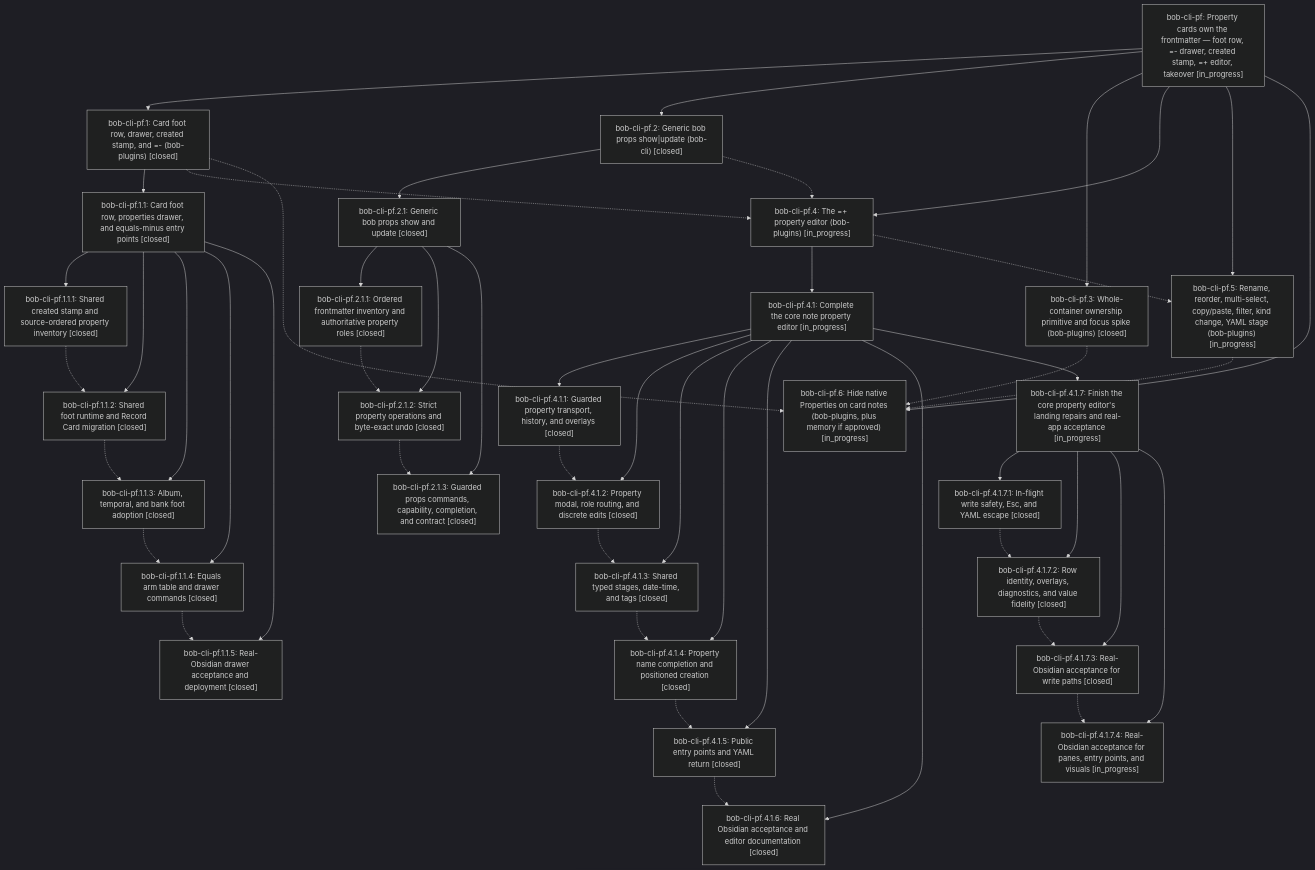
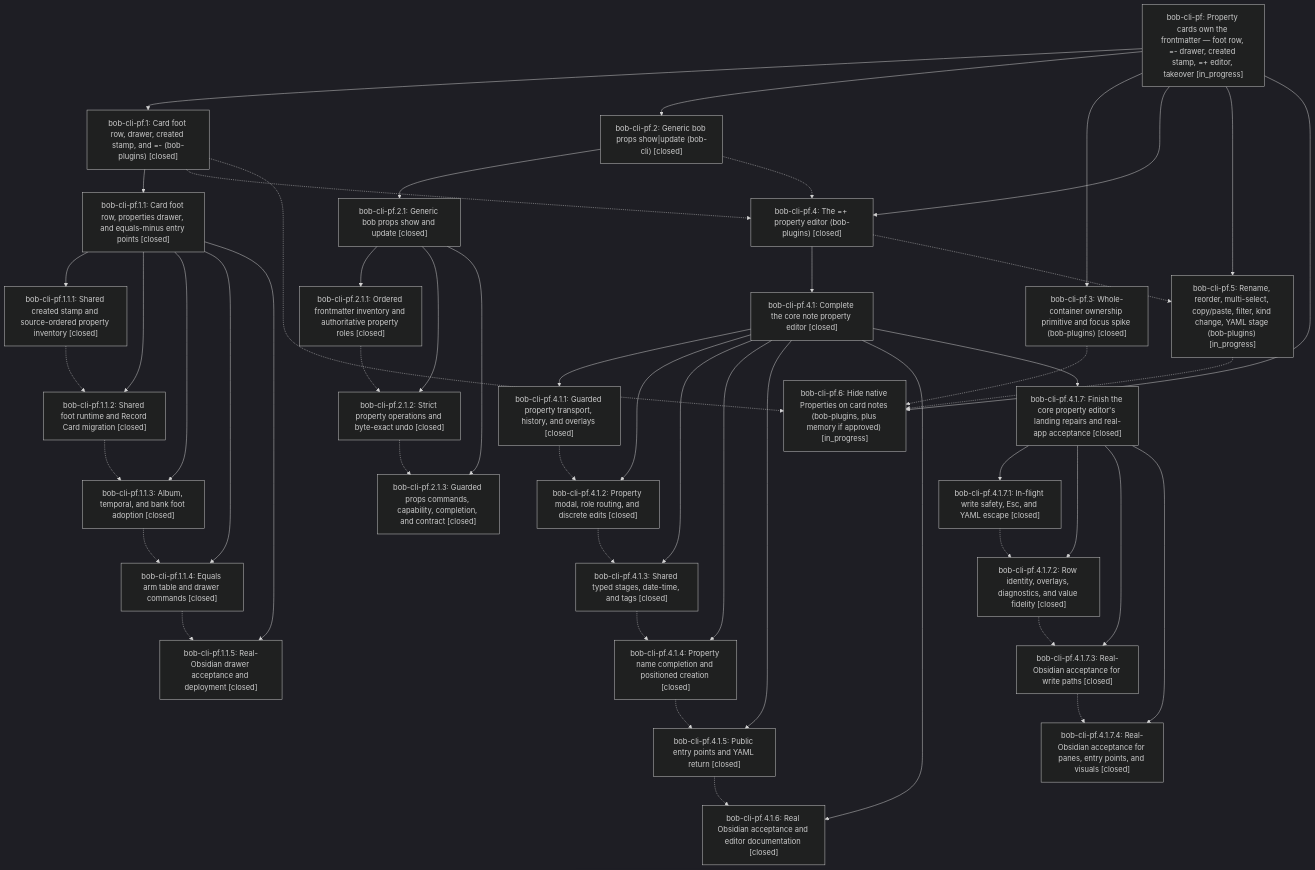
One commit to bobs-org/bob-cli--beads changed the diagram in pages/bob-cli-pf/README.md. Above: the diagram before and after it, drawn with Mermaid (dark theme). The commit also changed other lines of this file and 8 other files, not shown here.

First line of the commit message:
chore(beads): sync bead state and pages for bob-cli-pf

````diff
--- a/pages/bob-cli-pf/README.md
+++ b/pages/bob-cli-pf/README.md
@@ -41,80 +41,80 @@
 ```mermaid
 flowchart TD
     n0["bob-cli-pf: Property cards own the frontmatter — foot row, =- drawer, created stamp, =+ editor, takeover [in_progress]"]
     n1["bob-cli-pf.1: Card foot row, drawer, created stamp, and =- (bob-plugins) [closed]"]
     n2["bob-cli-pf.1.1: Card foot row, properties drawer, and equals-minus entry points [closed]"]
     n3["bob-cli-pf.1.1.1: Shared created stamp and source-ordered property inventory [closed]"]
     n4["bob-cli-pf.1.1.2: Shared foot runtime and Record Card migration [closed]"]
     n5["bob-cli-pf.1.1.3: Album, temporal, and bank foot adoption [closed]"]
     n6["bob-cli-pf.1.1.4: Equals arm table and drawer commands [closed]"]
     n7["bob-cli-pf.1.1.5: Real-Obsidian drawer acceptance and deployment [closed]"]
     n8["bob-cli-pf.2: Generic bob props show|update (bob-cli) [closed]"]
     n9["bob-cli-pf.2.1: Generic bob props show and update [closed]"]
     n10["bob-cli-pf.2.1.1: Ordered frontmatter inventory and authoritative property roles [closed]"]
     n11["bob-cli-pf.2.1.2: Strict property operations and byte-exact undo [closed]"]
     n12["bob-cli-pf.2.1.3: Guarded props commands, capability, completion, and contract [closed]"]
     n13["bob-cli-pf.3: Whole-container ownership primitive and focus spike (bob-plugins) [closed]"]
-    n14["bob-cli-pf.4: The =+ property editor (bob-plugins) [in_progress]"]
-    n15["bob-cli-pf.4.1: Complete the core note property editor [in_progress]"]
+    n14["bob-cli-pf.4: The =+ property editor (bob-plugins) [closed]"]
+    n15["bob-cli-pf.4.1: Complete the core note property editor [closed]"]
     n16["bob-cli-pf.4.1.1: Guarded property transport, history, and overlays [closed]"]
     n17["bob-cli-pf.4.1.2: Property modal, role routing, and discrete edits [closed]"]
     n18["bob-cli-pf.4.1.3: Shared typed stages, date-time, and tags [closed]"]
     n19["bob-cli-pf.4.1.4: Property name completion and positioned creation [closed]"]
     n20["bob-cli-pf.4.1.5: Public entry points and YAML return [closed]"]
     n21["bob-cli-pf.4.1.6: Real Obsidian acceptance and editor documentation [closed]"]
-    n22["bob-cli-pf.4.1.7: Finish the core property editor's landing repairs and real-app acceptance [in_progress]"]
+    n22["bob-cli-pf.4.1.7: Finish the core property editor's landing repairs and real-app acceptance [closed]"]
     n23["bob-cli-pf.4.1.7.1: In-flight write safety, Esc, and YAML escape [closed]"]
     n24["bob-cli-pf.4.1.7.2: Row identity, overlays, diagnostics, and value fidelity [closed]"]
     n25["bob-cli-pf.4.1.7.3: Real-Obsidian acceptance for write paths [closed]"]
-    n26["bob-cli-pf.4.1.7.4: Real-Obsidian acceptance for panes, entry points, and visuals [in_progress]"]
+    n26["bob-cli-pf.4.1.7.4: Real-Obsidian acceptance for panes, entry points, and visuals [closed]"]
     n27["bob-cli-pf.5: Rename, reorder, multi-select, copy/paste, filter, kind change, YAML stage (bob-plugins) [in_progress]"]
     n28["bob-cli-pf.6: Hide native Properties on card notes (bob-plugins, plus memory if approved) [in_progress]"]
     n0 --> n1
     n1 --> n2
     n2 --> n3
     n2 --> n4
     n2 --> n5
     n2 --> n6
     n2 --> n7
     n0 --> n8
     n8 --> n9
     n9 --> n10
     n9 --> n11
     n9 --> n12
     n0 --> n13
     n0 --> n14
     n14 --> n15
     n15 --> n16
     n15 --> n17
     n15 --> n18
     n15 --> n19
     n15 --> n20
     n15 --> n21
     n15 --> n22
     n22 --> n23
     n22 --> n24
     n22 --> n25
     n22 --> n26
     n0 --> n27
     n0 --> n28
     n1 -.-> n14
     n1 -.-> n28
     n3 -.-> n4
     n4 -.-> n5
     n5 -.-> n6
     n6 -.-> n7
     n8 -.-> n14
     n10 -.-> n11
     n11 -.-> n12
     n13 -.-> n28
     n14 -.-> n27
     n16 -.-> n17
     n17 -.-> n18
     n18 -.-> n19
     n19 -.-> n20
     n20 -.-> n21
     n23 -.-> n24
     n24 -.-> n25
     n25 -.-> n26
     n27 -.-> n28
 ```
````
